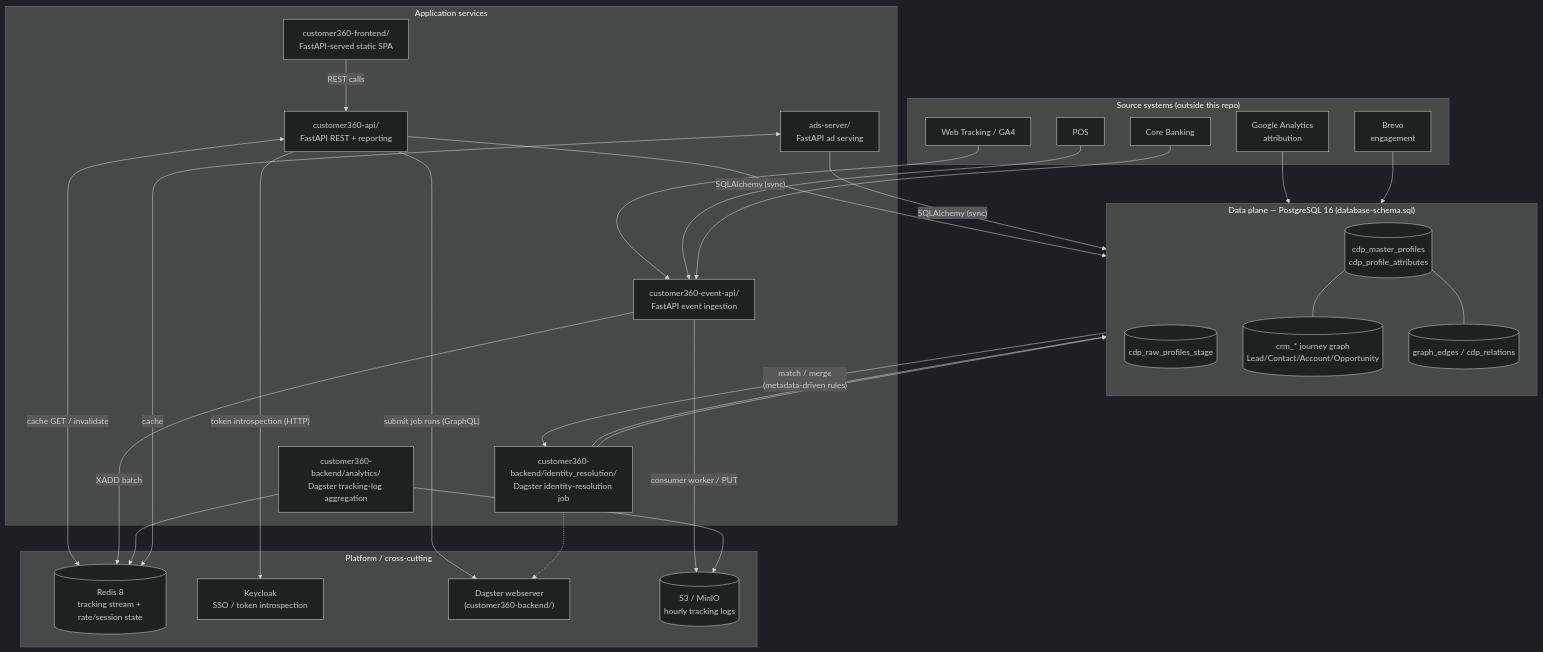
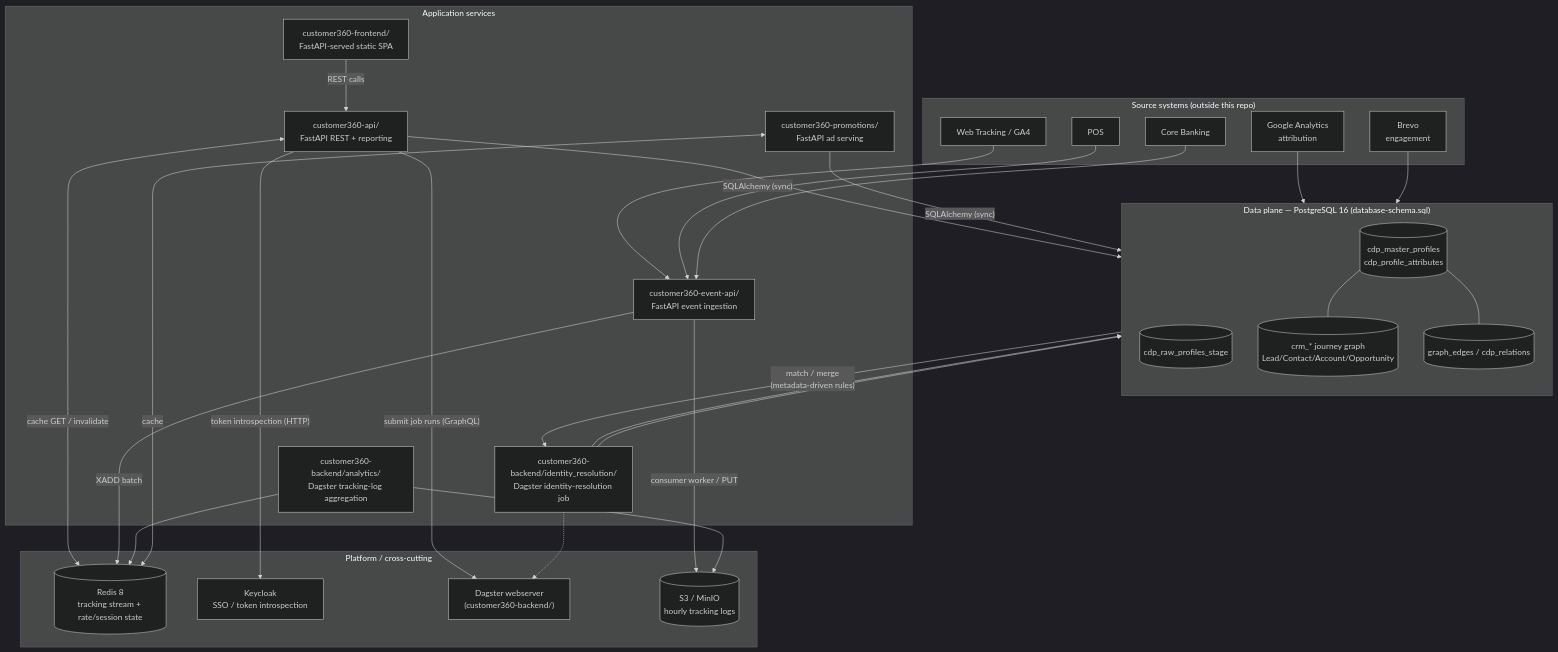
The diagram in docs/architecture/TECHNICAL-DOCUMENTATION.md (LEO-CDP/leo-customer360), drawn with Mermaid (dark theme) before and after one commit. The commit also changed other lines of this file and 118 other files, not shown here.

First line of the commit message:
Refactor references from ads-server to customer360-promotions across documentation and codebase

````diff
--- a/docs/architecture/TECHNICAL-DOCUMENTATION.md
+++ b/docs/architecture/TECHNICAL-DOCUMENTATION.md
@@ -49,60 +49,60 @@
 ```mermaid
 flowchart TB
     subgraph SOURCES["Source systems (outside this repo)"]
         AF[Google Analytics\nattribution]
         ME[Brevo\nengagement]
         WT[Web Tracking / GA4]
         POS[POS]
         CB[Core Banking]
     end
 
     subgraph DATA["Data plane — PostgreSQL 16 (database-schema.sql)"]
         direction TB
         RAW[(cdp_raw_profiles_stage)]
         MASTER[(cdp_master_profiles\ncdp_profile_attributes)]
         CRM[(crm_* journey graph\nLead/Contact/Account/Opportunity)]
         GRAPH[(graph_edges / cdp_relations)]
     end
 
     subgraph SERVICES["Application services"]
         CIR["customer360-backend/identity_resolution/\nDagster identity-resolution job"]
         ANALYTICS["customer360-backend/analytics/\nDagster tracking-log aggregation"]
         API["customer360-api/\nFastAPI REST + reporting"]
         TRACK["customer360-event-api/\nFastAPI event ingestion"]
-        ADS["ads-server/\nFastAPI ad serving"]
+        ADS["customer360-promotions/\nFastAPI ad serving"]
         UI["customer360-frontend/\nFastAPI-served static SPA"]
     end
 
     subgraph PLATFORM["Platform / cross-cutting"]
         REDIS[(Redis 8\ntracking stream + rate/session state)]
         KC[Keycloak\nSSO / token introspection]
         DAGSTER["Dagster webserver\n(customer360-backend/)"]
         OBJECTS[(S3 / MinIO\nhourly tracking logs)]
     end
 
     AF --> RAW
     ME --> RAW
     WT --> TRACK
     POS --> TRACK
     CB --> TRACK
 
     RAW -- "match / merge\n(metadata-driven rules)" --> CIR
     CIR --> MASTER
     CIR --> RAW
 
     MASTER --- CRM
     MASTER --- GRAPH
 
     API -- "SQLAlchemy (sync)" --> DATA
     API <-- "cache GET / invalidate" --> REDIS
     API -- "token introspection (HTTP)" --> KC
     API -- "submit job runs (GraphQL)" --> DAGSTER
     CIR -.-> DAGSTER
     TRACK -- "XADD batch" --> REDIS
     TRACK -- "consumer worker / PUT" --> OBJECTS
     ANALYTICS --> OBJECTS
     ANALYTICS --> REDIS
     ADS -- "SQLAlchemy (sync)" --> DATA
     ADS <-- "cache" --> REDIS
     UI -- "REST calls" --> API
 ```
````
